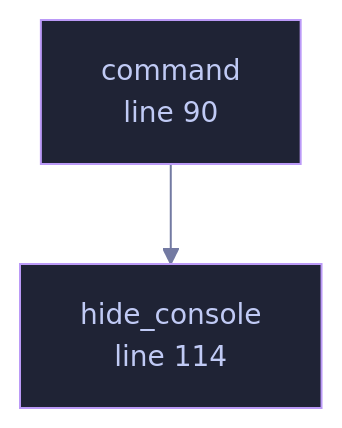
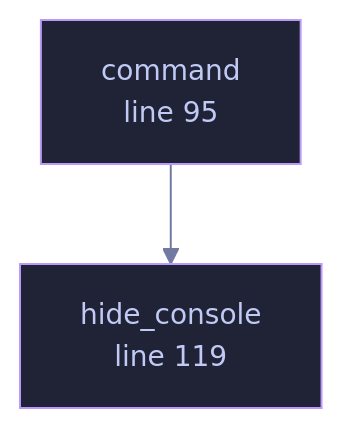
The diagram in docs/files/veilvoice-setup/lib.md (tilas01/veilvoice), drawn with Mermaid before and after one commit. The commit also changed other lines of this file and 34 other files, not shown here.

````diff
--- a/docs/files/veilvoice-setup/lib.md
+++ b/docs/files/veilvoice-setup/lib.md
@@ -109,13 +114,13 @@
 ```mermaid
 %%{init: {"theme":"base","themeVariables":{"background":"#1a1b26","primaryColor":"#1f2335","primaryTextColor":"#c0caf5","primaryBorderColor":"#7aa2f7","secondaryColor":"#16161e","tertiaryColor":"#16161e","lineColor":"#737aa2","textColor":"#c0caf5","mainBkg":"#1f2335","nodeBorder":"#7aa2f7","clusterBkg":"#16161e","clusterBorder":"#2f3549","fontFamily":"ui-monospace, SFMono-Regular, Consolas, monospace","fontSize":"14px"}}}%%
 flowchart TD
-    n_command["command<br/>line 90"]
-    n_hide_console["hide_console<br/>line 104"]
-    n_hide_console["hide_console<br/>line 114"]
+    n_command["command<br/>line 95"]
+    n_hide_console["hide_console<br/>line 109"]
+    n_hide_console["hide_console<br/>line 119"]
     n_command --> n_hide_console
-    click n_command href "https://github.com/tilas01/veilvoice/blob/main/crates/veilvoice-setup/src/lib.rs#L90" "open the source"
-    click n_hide_console href "https://github.com/tilas01/veilvoice/blob/main/crates/veilvoice-setup/src/lib.rs#L104" "open the source"
-    click n_hide_console href "https://github.com/tilas01/veilvoice/blob/main/crates/veilvoice-setup/src/lib.rs#L114" "open the source"
+    click n_command href "https://github.com/tilas01/veilvoice/blob/main/crates/veilvoice-setup/src/lib.rs#L95" "open the source"
+    click n_hide_console href "https://github.com/tilas01/veilvoice/blob/main/crates/veilvoice-setup/src/lib.rs#L109" "open the source"
+    click n_hide_console href "https://github.com/tilas01/veilvoice/blob/main/crates/veilvoice-setup/src/lib.rs#L119" "open the source"
     classDef helper fill:#1f2335,stroke:#bb9af7,color:#c0caf5
     class n_command,n_hide_console,n_hide_console helper
 ```
````
